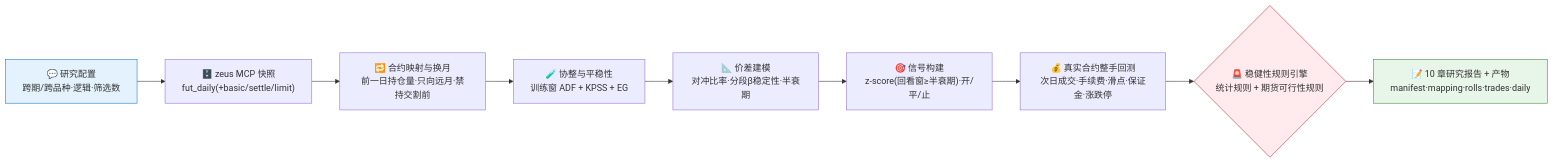
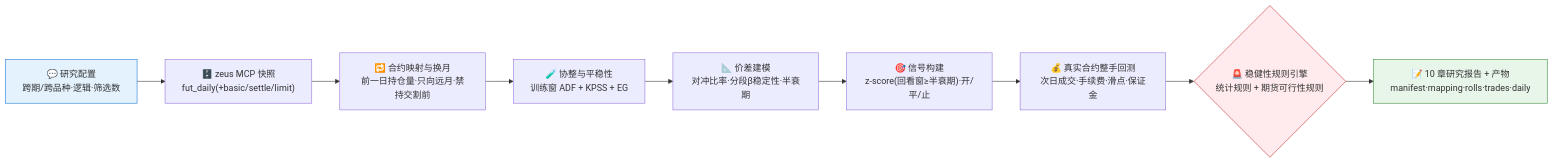
The first of 2 diagrams in agents/README.md (fitnesses/skill-statistical-arbitrage-time-series), drawn with Mermaid before and after one commit. The commit also changed other lines of this file and 14 other files, not shown here.

````diff
--- a/agents/README.md
+++ b/agents/README.md
@@ -30,15 +30,15 @@
 ```mermaid
 flowchart LR
     A["💬 研究配置<br/>跨期/跨品种·逻辑·筛选数"] --> B["🗄️ zeus MCP 快照<br/>fut_daily(+basic/settle/limit)"]
     B --> C["🔁 合约映射与换月<br/>前一日持仓量·只向远月·禁持交割前"]
     C --> D["🧪 协整与平稳性<br/>训练窗 ADF + KPSS + EG"]
     D --> E["📐 价差建模<br/>对冲比率·分段β稳定性·半衰期"]
     E --> F["🎯 信号构建<br/>z-score(回看窗≥半衰期)·开/平/止"]
-    F --> G["💰 真实合约整手回测<br/>次日成交·手续费·滑点·保证金·涨跌停"]
+    F --> G["💰 真实合约整手回测<br/>次日成交·手续费·滑点·保证金"]
     G --> H{"🚨 稳健性规则引擎<br/>统计规则 + 期货可行性规则"}
     H --> I["📝 10 章研究报告 + 产物<br/>manifest·mapping·rolls·trades·daily"]
 
     style A fill:#e3f2fd,stroke:#1976d2
     style H fill:#ffebee,stroke:#c62828
     style I fill:#e8f5e9,stroke:#388e3c
 ```
````
